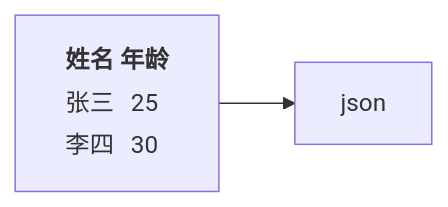
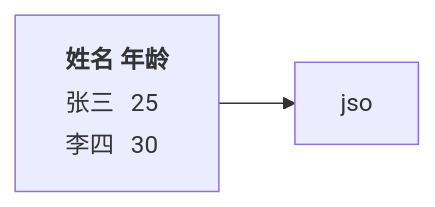
One commit to milaLIAN/iodraw-files changed the diagram in all/未命名-3.md. Above: the diagram before and after it, drawn with Mermaid.

Commit message:
2024-05-10 17:05:38 update

````diff
--- a/all/未命名-3.md
+++ b/all/未命名-3.md
@@ -1,8 +1,8 @@
 ```mermaid
 flowchart LR
     A[<table><tr><th>姓名</th><th>年龄</th></tr><tr><td>张三</td><td>25</td></tr><tr><td>李四</td><td>30</td></tr></table>]
-    -->C[json]
+    -->C[jso]
     click A "https://img.gzzhitu.com/jGIJxLMjO.html" _blank
     click B "https://www.github.com" "Open this in a new tab" _blank
 
 ```
````
